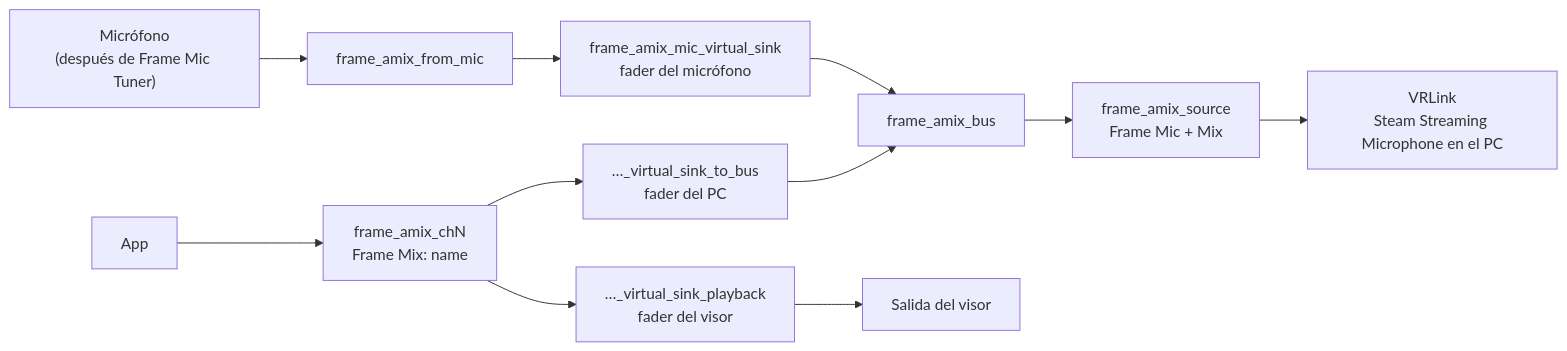
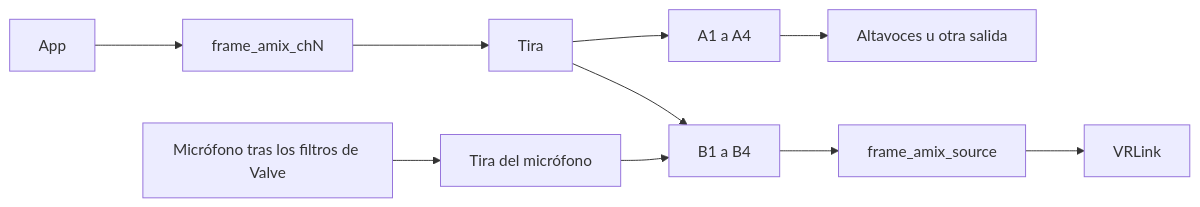
The diagram in docs/how-it-works.es.md (marcus-universe/frame-audio-mixer), drawn with Mermaid before and after one commit. The commit also changed other lines of this file and 47 other files, not shown here.

````diff
--- a/docs/how-it-works.es.md
+++ b/docs/how-it-works.es.md
@@ -7,11 +7,12 @@
 ```mermaid
 flowchart LR
-    mic["Micrófono<br/>(después de Frame Mic Tuner)"] --> from_mic[frame_amix_from_mic]
-    from_mic --> mic_fader["frame_amix_mic_virtual_sink<br/>fader del micrófono"]
-    mic_fader --> bus[frame_amix_bus]
-    app["App"] --> sink["frame_amix_chN<br/>Frame Mix: name"]
-    sink --> phones["…_virtual_sink_playback<br/>fader del visor"] --> out["Salida del visor"]
-    sink --> to_bus["…_virtual_sink_to_bus<br/>fader del PC"] --> bus
-    bus --> source["frame_amix_source<br/>Frame Mic + Mix"]
-    source --> vrlink["VRLink<br/>Steam Streaming Microphone en el PC"]
+  appA[App] --> chSink["frame_amix_chN"]
+  micSrc["Micrófono tras los filtros de Valve"] --> micStrip["Tira del micrófono"]
+  chSink --> chStrip["Tira"]
+  chStrip --> busA["A1 a A4"]
+  chStrip --> busB["B1 a B4"]
+  micStrip --> busB
+  busA --> speakers["Altavoces u otra salida"]
+  busB --> frameMix["frame_amix_source"]
+  frameMix --> vrlink["VRLink"]
 ```
````
